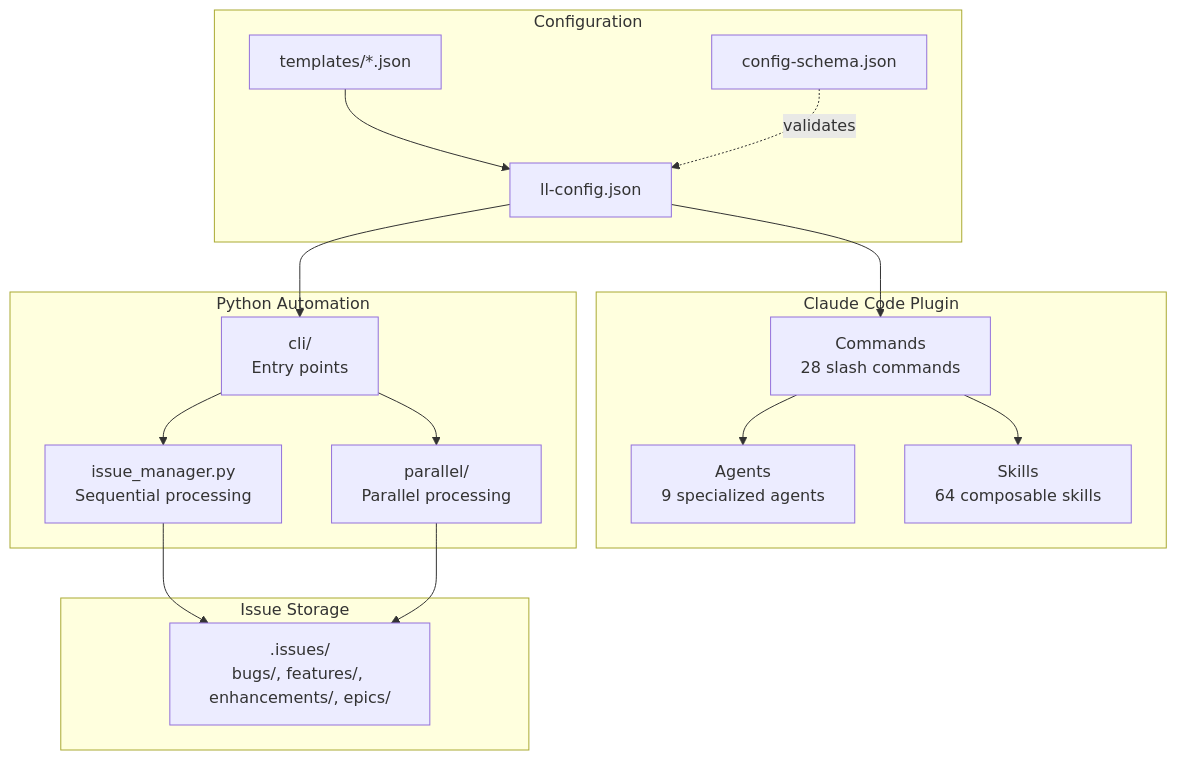
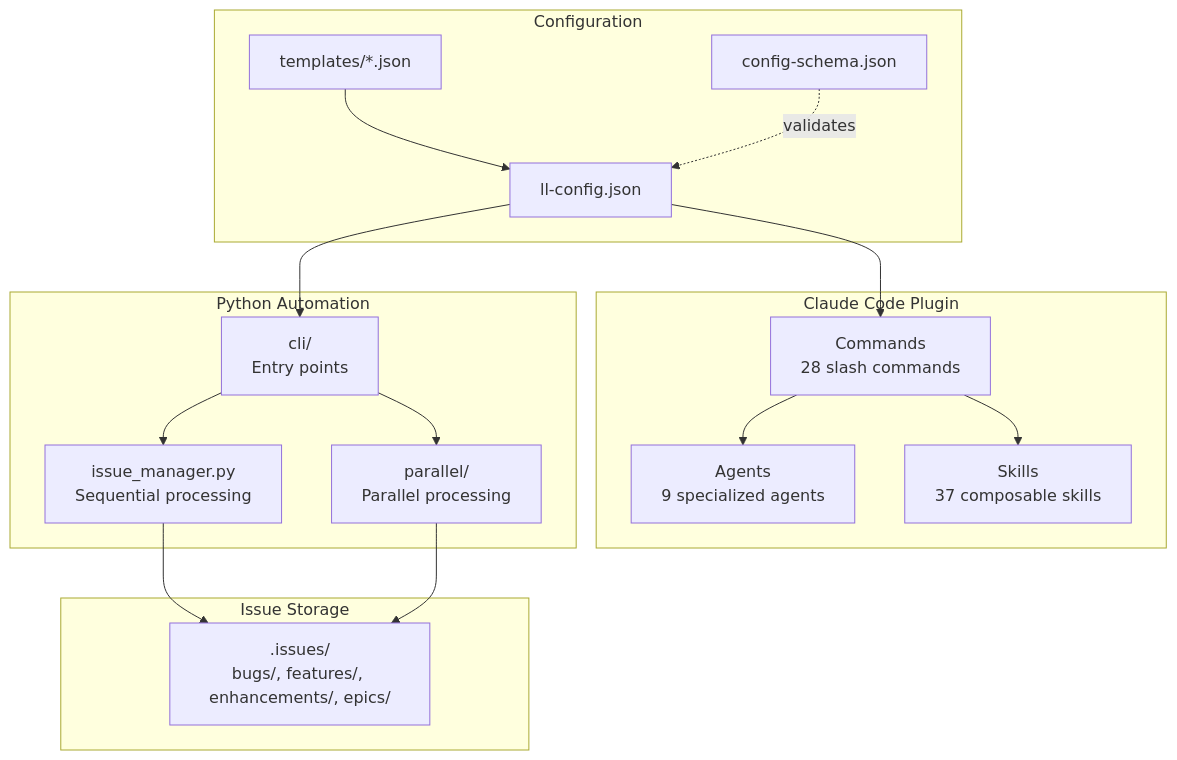
One commit to BrennonTWilliams/little-loops changed the first of 16 diagrams in docs/ARCHITECTURE.md. Above: the diagram before and after it, drawn with Mermaid. The commit also changed other lines of this file and 8 other files, not shown here.

````diff
--- a/docs/ARCHITECTURE.md
+++ b/docs/ARCHITECTURE.md
@@ -21,35 +21,35 @@
 ```mermaid
 flowchart TB
     subgraph "Claude Code Plugin"
         CMD[Commands<br/>28 slash commands]
         AGT[Agents<br/>9 specialized agents]
-        SKL[Skills<br/>64 composable skills]
+        SKL[Skills<br/>37 composable skills]
     end
 
     subgraph "Configuration"
         CFG[ll-config.json]
         SCHEMA[config-schema.json]
         TPL[templates/*.json]
     end
 
     subgraph "Python Automation"
         CLI[cli/<br/>Entry points]
         AUTO[issue_manager.py<br/>Sequential processing]
         PARALLEL[parallel/<br/>Parallel processing]
     end
 
     subgraph "Issue Storage"
         ISSUES[.issues/<br/>bugs/, features/, enhancements/, epics/]
     end
 
     CFG --> CMD
     TPL --> CFG
     SCHEMA -.->|validates| CFG
     CFG --> CLI
     CMD --> AGT
     CMD --> SKL
     CLI --> AUTO
     CLI --> PARALLEL
     AUTO --> ISSUES
     PARALLEL --> ISSUES
 ```
````
